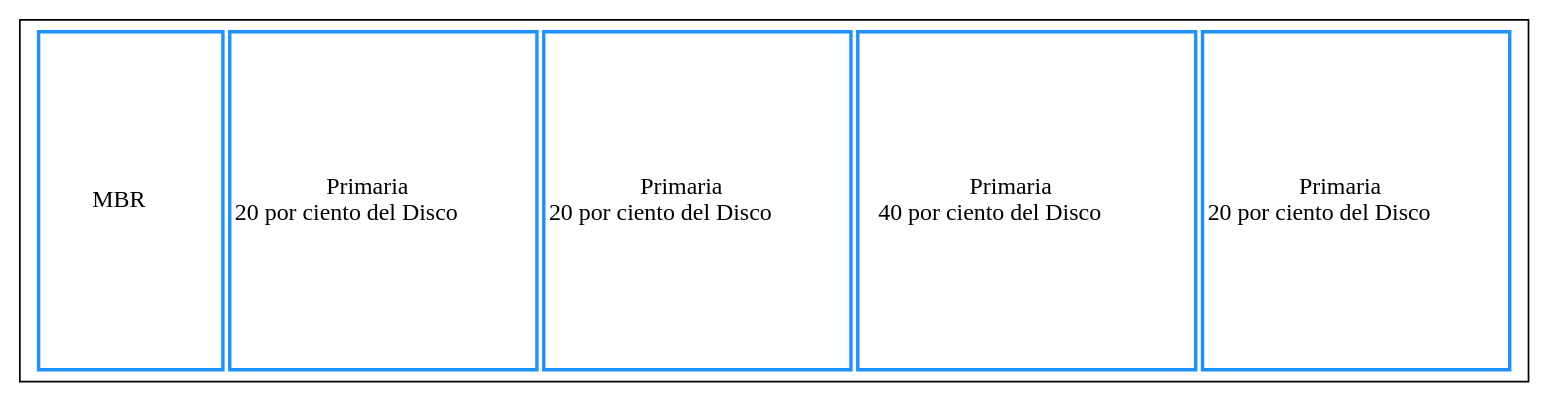
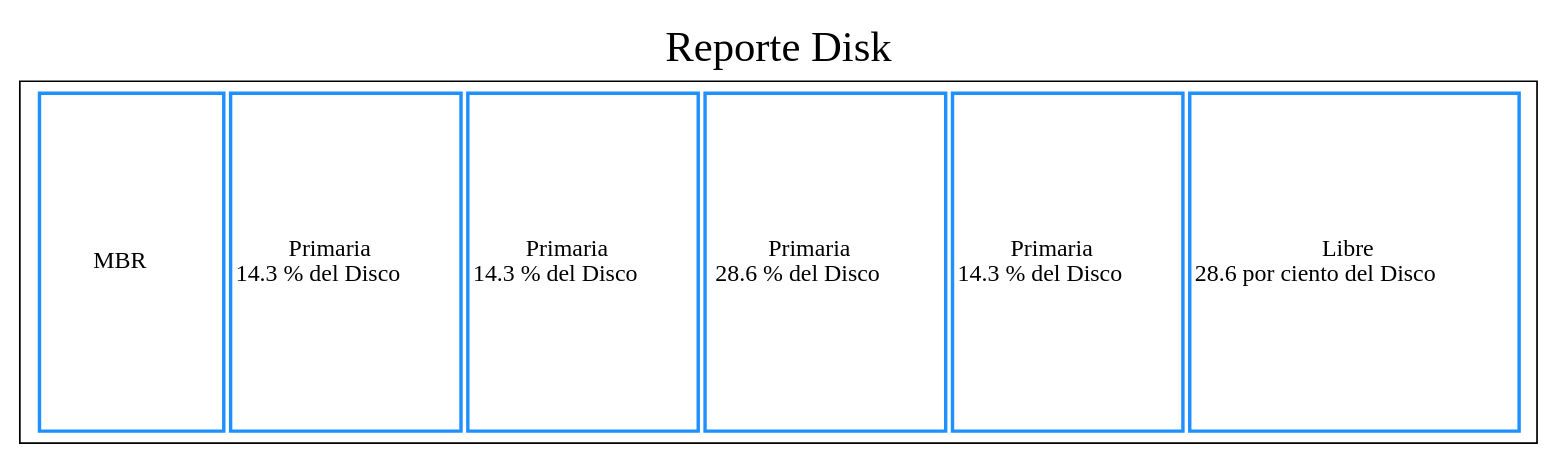
The diagram in Backend/reporte.dot (KINGR0X/MIA_2S_P1_202044192), drawn with Graphviz before and after one commit. The commit also changed 2 other files, not shown here.

```diff
--- a/Backend/reporte.dot
+++ b/Backend/reporte.dot
@@ -1,17 +1,20 @@
 digraph G{
 
-  tbl [
+label= "Reporte Disk"
+labelloc="t"
+fontsize=25  tbl [
     shape=box
     label=<
      <table border='0' cellborder='2' width='600' height='150' color='dodgerblue1'>
      <tr>
      <td height='150' width='110'> MBR </td>
-     <td height='200' width='100'>Primaria <br/> 20 por ciento del Disco </td>
-     <td height='200' width='100'>Primaria <br/> 20 por ciento del Disco </td>
-     <td height='200' width='200'>Primaria <br/> 40 por ciento del Disco </td>
-     <td height='200' width='100'>Primaria <br/> 20 por ciento del Disco </td>
+     <td height='200' width='71.4'>Primaria <br/> 14.3 % del Disco </td>
+     <td height='200' width='71.4'>Primaria <br/> 14.3 % del Disco </td>
+     <td height='200' width='143'>Primaria <br/> 28.6 % del Disco </td>
+     <td height='200' width='71.4'>Primaria <br/> 14.3 % del Disco </td>
+     <td height='200' width='143'>Libre<br/> 28.6 por ciento del Disco </td>
      </tr> 
      </table>        
 >];
 
 }
```
